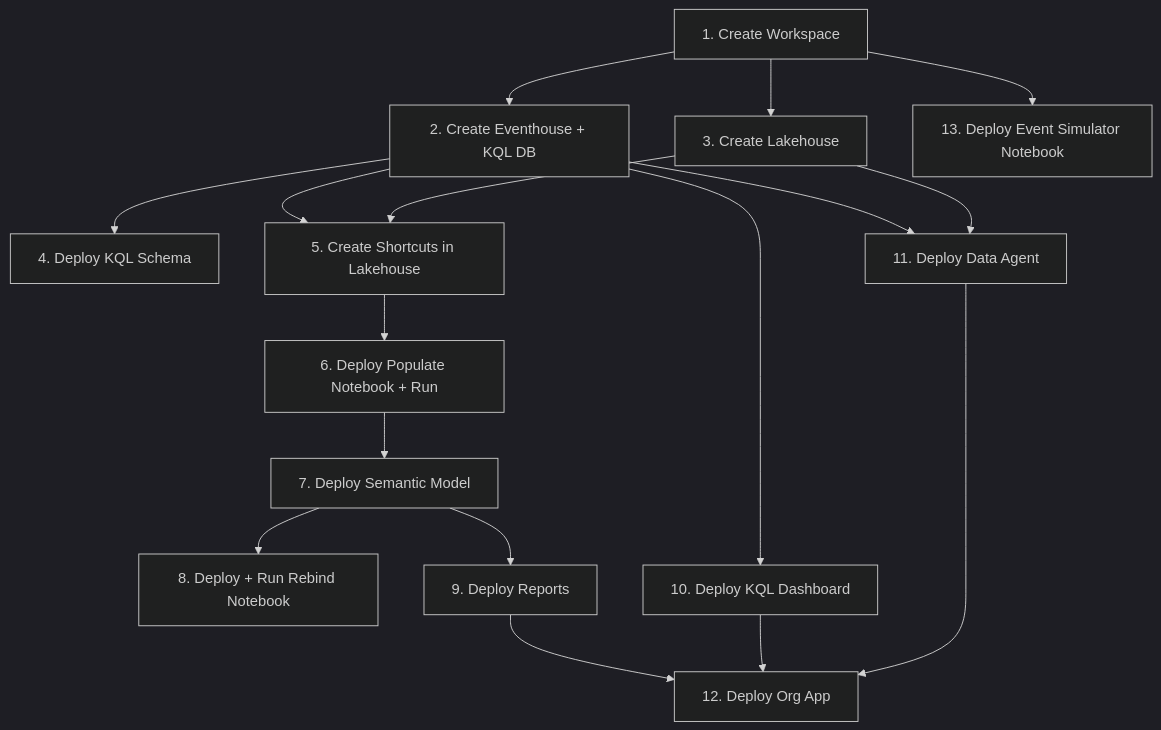
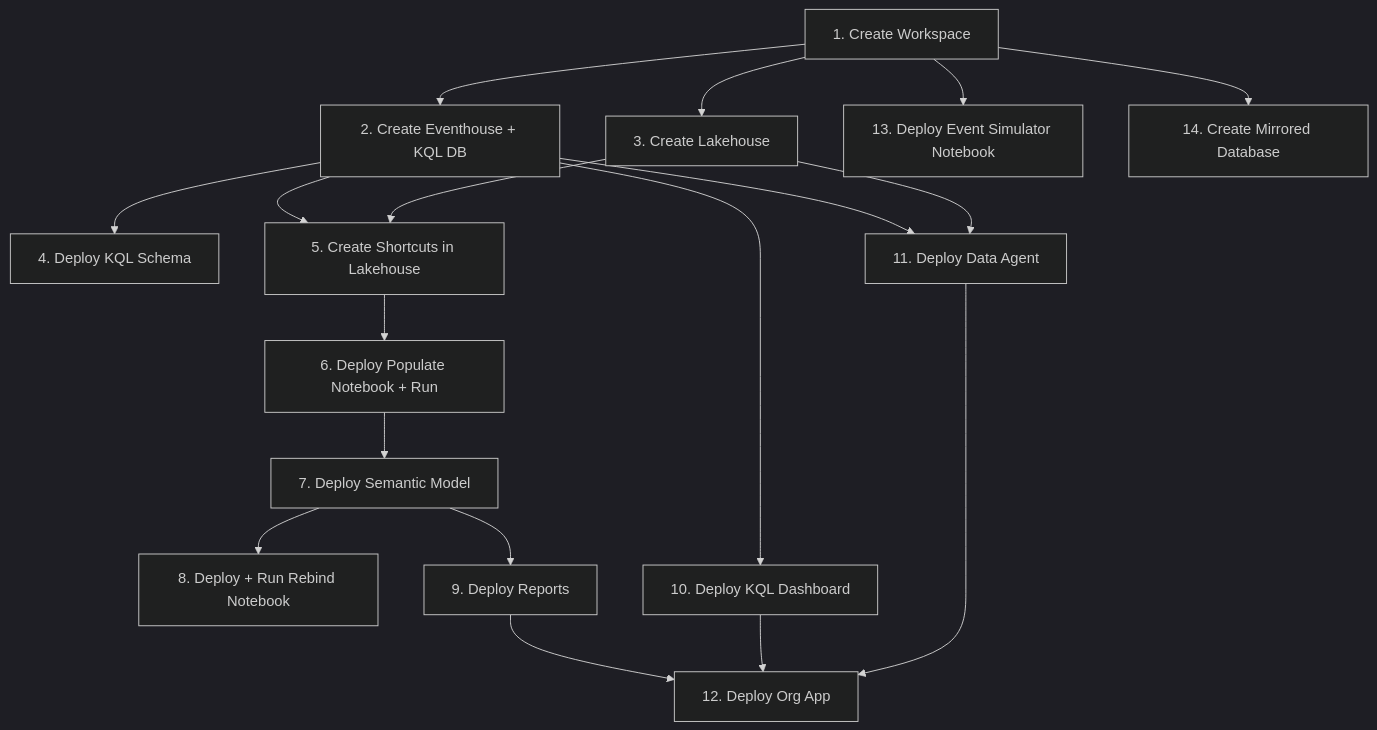
Before and after one commit to MitchSS/FabricMystery: the first of 2 diagrams in PLAN.md, drawn with Mermaid (dark theme). The commit also changed other lines of this file and 3 other files, not shown here.

````diff
--- a/PLAN.md
+++ b/PLAN.md
@@ -49,19 +50,20 @@
 ```mermaid
 flowchart TD
     A[1. Create Workspace] --> B[2. Create Eventhouse + KQL DB]
     A --> C[3. Create Lakehouse]
     B --> D[4. Deploy KQL Schema]
     B --> E[5. Create Shortcuts in Lakehouse]
     C --> E
     E --> F[6. Deploy Populate Notebook + Run]
     F --> G[7. Deploy Semantic Model]
     G --> H[8. Deploy + Run Rebind Notebook]
     G --> I[9. Deploy Reports]
     B --> J[10. Deploy KQL Dashboard]
     B --> K[11. Deploy Data Agent]
     C --> K
     I --> L[12. Deploy Org App]
     J --> L
     K --> L
     A --> M[13. Deploy Event Simulator Notebook]
+    A --> N[14. Create Mirrored Database]
 ```
````
